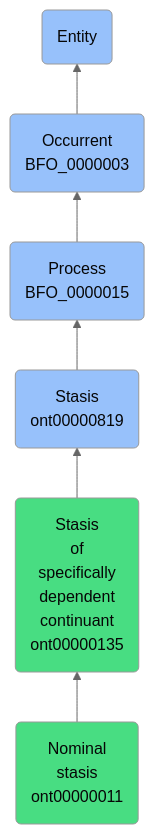
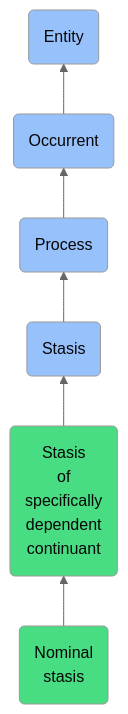
One commit to jupyter-naas/abi changed the diagram in docs/ontology/reference/model/Entity/Occurrent/Process/Stasis/Stasis of specifically dependent continuant/Nominal stasis/Nominal stasis.md. Above: the diagram before and after it, drawn with Mermaid (neutral theme). The commit also changed other lines of this file and 1430 other files, not shown here.

````diff
--- a/docs/ontology/reference/model/Entity/Occurrent/Process/Stasis/Stasis of specifically dependent continuant/Nominal stasis/Nominal stasis.md
+++ b/docs/ontology/reference/model/Entity/Occurrent/Process/Stasis/Stasis of specifically dependent continuant/Nominal stasis/Nominal stasis.md
@@ -24,13 +24,13 @@
 ```mermaid
 graph BT
-    ont00000011(Nominal<br>stasis<br>ont00000011):::ABI-->ont00000135
-    ont00000135(Stasis<br>of<br>specifically<br>dependent<br>continuant<br>ont00000135):::ABI-->ont00000819
-    ont00000819(Stasis<br>ont00000819):::BFO-->BFO_0000015
-    BFO_0000015(Process<br>BFO_0000015):::BFO-->BFO_0000003
-    BFO_0000003(Occurrent<br>BFO_0000003):::BFO-->BFO_0000001
+    ont00000011(Nominal<br>stasis):::ABI-->ont00000135
+    ont00000135(Stasis<br>of<br>specifically<br>dependent<br>continuant):::ABI-->ont00000819
+    ont00000819(Stasis):::BFO-->BFO_0000015
+    BFO_0000015(Process):::BFO-->BFO_0000003
+    BFO_0000003(Occurrent):::BFO-->BFO_0000001
     BFO_0000001(Entity):::BFO
     
     classDef BFO fill:#97c1fb,color:#060606
     classDef CCO fill:#e4c51e,color:#060606
     classDef ABI fill:#48DD82,color:#060606
 ```
````
